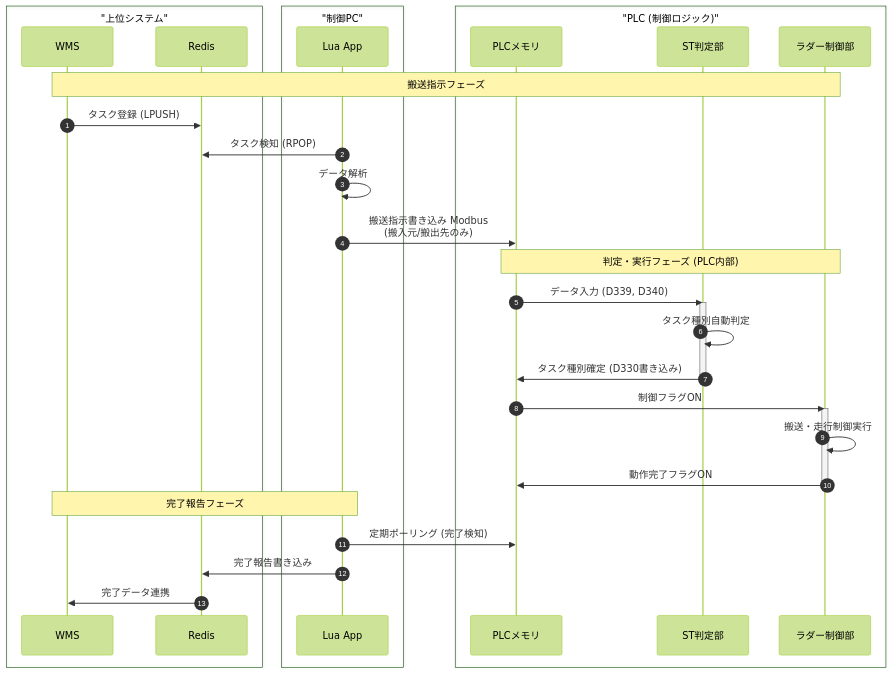
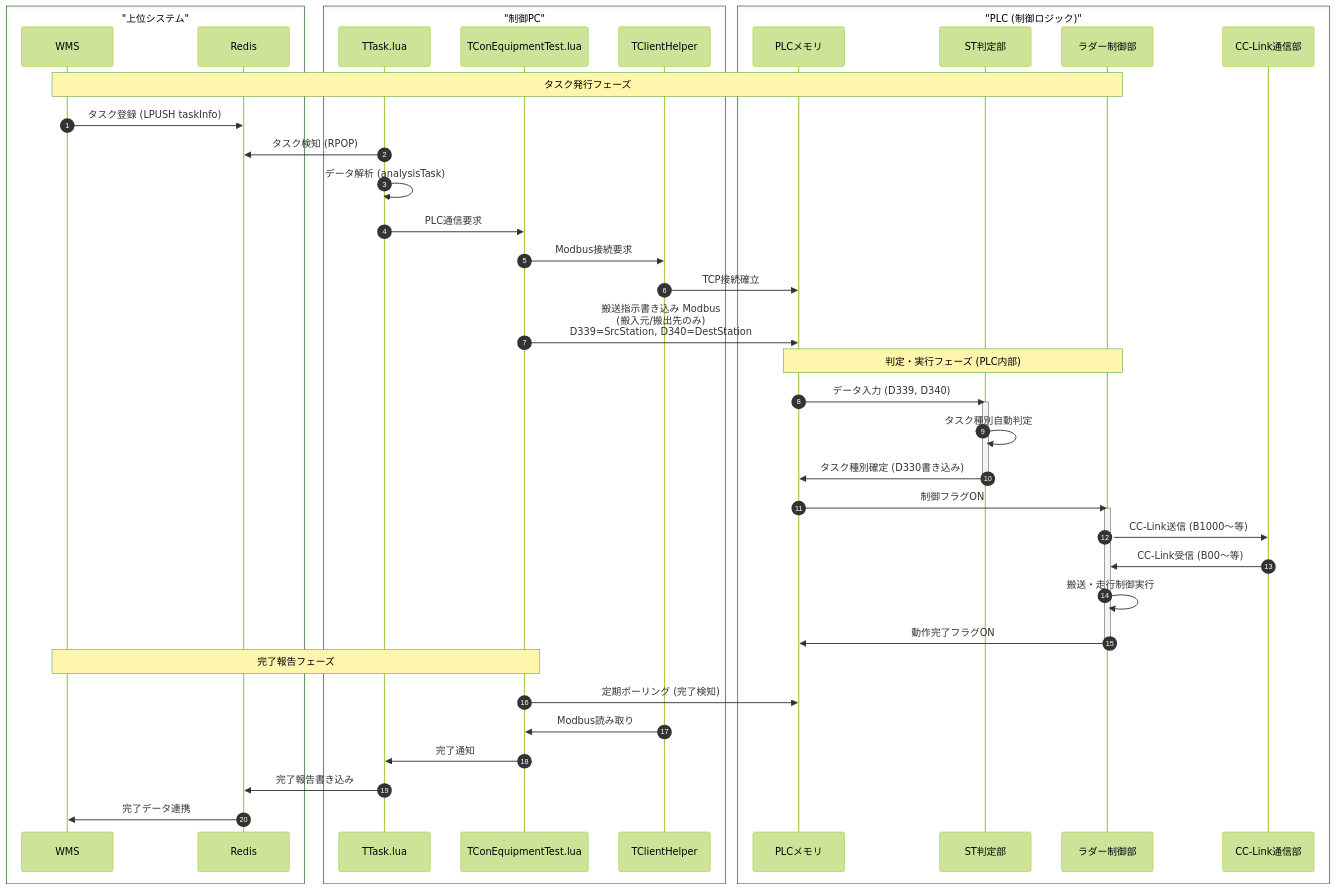
The third of 3 diagrams in doc/system_architecture.md (iceplantengineering/YTEC), drawn with Mermaid (forest theme) before and after one commit. The commit also changed other lines of this file and 5 other files, not shown here.

````diff
--- a/doc/system_architecture.md
+++ b/doc/system_architecture.md
@@ -95,43 +148,53 @@
 ```mermaid
 sequenceDiagram
     autonumber
-    
+
     box "上位システム" #f9f9f9
         participant WMS
         participant Redis
     end
-    
+
     box "制御PC" #ececff
-        participant Lua as Lua App
+        participant Task as TTask.lua
+        participant Conn as TConEquipmentTest.lua
+        participant Client as TClientHelper
     end
-    
+
     box "PLC (制御ロジック)" #ffecec
         participant Mem as PLCメモリ
         participant ST as ST判定部
         participant Lad as ラダー制御部
+        participant CCLink as CC-Link通信部
     end
 
-    Note over WMS, Lad: 搬送指示フェーズ
-    WMS->>Redis: タスク登録 (LPUSH)
-    Lua->>Redis: タスク検知 (RPOP)
-    Lua->>Lua: データ解析
-    Lua->>Mem: 搬送指示書き込み Modbus<br/>(搬入元/搬出先のみ)
-    
+    Note over WMS, Lad: タスク発行フェーズ
+    WMS->>Redis: タスク登録 (LPUSH taskInfo)
+    Task->>Redis: タスク検知 (RPOP)
+    Task->>Task: データ解析 (analysisTask)
+    Task->>Conn: PLC通信要求
+    Conn->>Client: Modbus接続要求
+    Client->>Mem: TCP接続確立
+    Conn->>Mem: 搬送指示書き込み Modbus<br/>(搬入元/搬出先のみ)<br/>D339=SrcStation, D340=DestStation
+
     Note over Mem, Lad: 判定・実行フェーズ (PLC内部)
     Mem->>ST: データ入力 (D339, D340)
     activate ST
     ST->>ST: タスク種別自動判定
     ST->>Mem: タスク種別確定 (D330書き込み)
     deactivate ST
-    
+
     Mem->>Lad: 制御フラグON
     activate Lad
+    Lad->>CCLink: CC-Link送信 (B1000〜等)
+    CCLink->>Lad: CC-Link受信 (B00〜等)
     Lad->>Lad: 搬送・走行制御実行
     Lad->>Mem: 動作完了フラグON
     deactivate Lad
 
-    Note over Lua, WMS: 完了報告フェーズ
-    Lua->>Mem: 定期ポーリング (完了検知)
-    Lua->>Redis: 完了報告書き込み
+    Note over Conn, WMS: 完了報告フェーズ
+    Conn->>Mem: 定期ポーリング (完了検知)
+    Client->>Conn: Modbus読み取り
+    Conn->>Task: 完了通知
+    Task->>Redis: 完了報告書き込み
     Redis->>WMS: 完了データ連携
 ```
````
